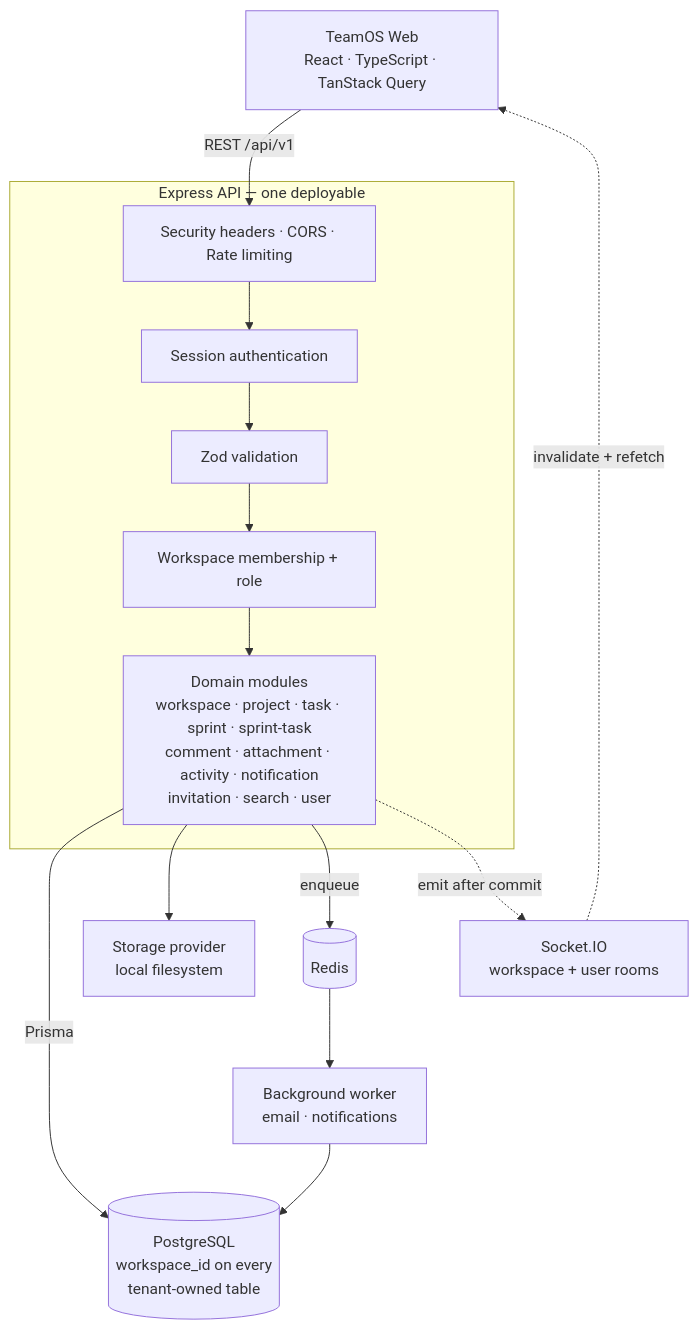
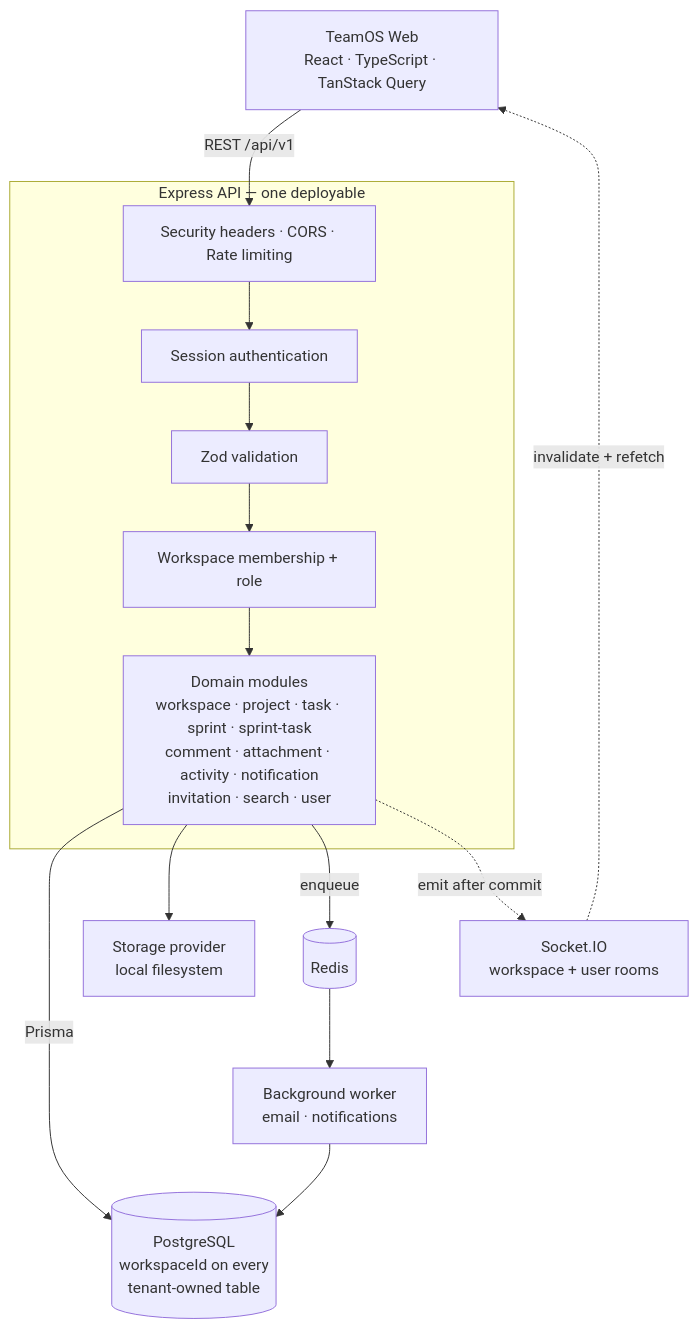
Before and after one commit to kush-dabade/TeamOS: the diagram in README.md, drawn with Mermaid. The commit also changed other lines of this file and 3 other files, not shown here.

````diff
--- a/README.md
+++ b/README.md
@@ -127,29 +129,29 @@
 ```mermaid
 flowchart TB
     Web["TeamOS Web<br/>React · TypeScript · TanStack Query"]
 
     subgraph API ["Express API — one deployable"]
         Boundary["Security headers · CORS · Rate limiting"]
         Session["Session authentication"]
         Validation["Zod validation"]
         Access["Workspace membership + role"]
         Modules["Domain modules<br/>workspace · project · task · sprint · sprint-task<br/>comment · attachment · activity · notification<br/>invitation · search · user"]
 
         Boundary --> Session --> Validation --> Access --> Modules
     end
 
-    PG[("PostgreSQL<br/>workspace_id on every<br/>tenant-owned table")]
+    PG[("PostgreSQL<br/>workspaceId on every<br/>tenant-owned table")]
     Redis[("Redis")]
     Worker["Background worker<br/>email · notifications"]
     Socket["Socket.IO<br/>workspace + user rooms"]
     Files["Storage provider<br/>local filesystem"]
 
     Web -->|"REST /api/v1"| Boundary
     Modules -->|"Prisma"| PG
     Modules --> Files
     Modules -->|"enqueue"| Redis
     Redis --> Worker
     Worker --> PG
     Modules -.->|"emit after commit"| Socket
     Socket -.->|"invalidate + refetch"| Web
 ```
````
